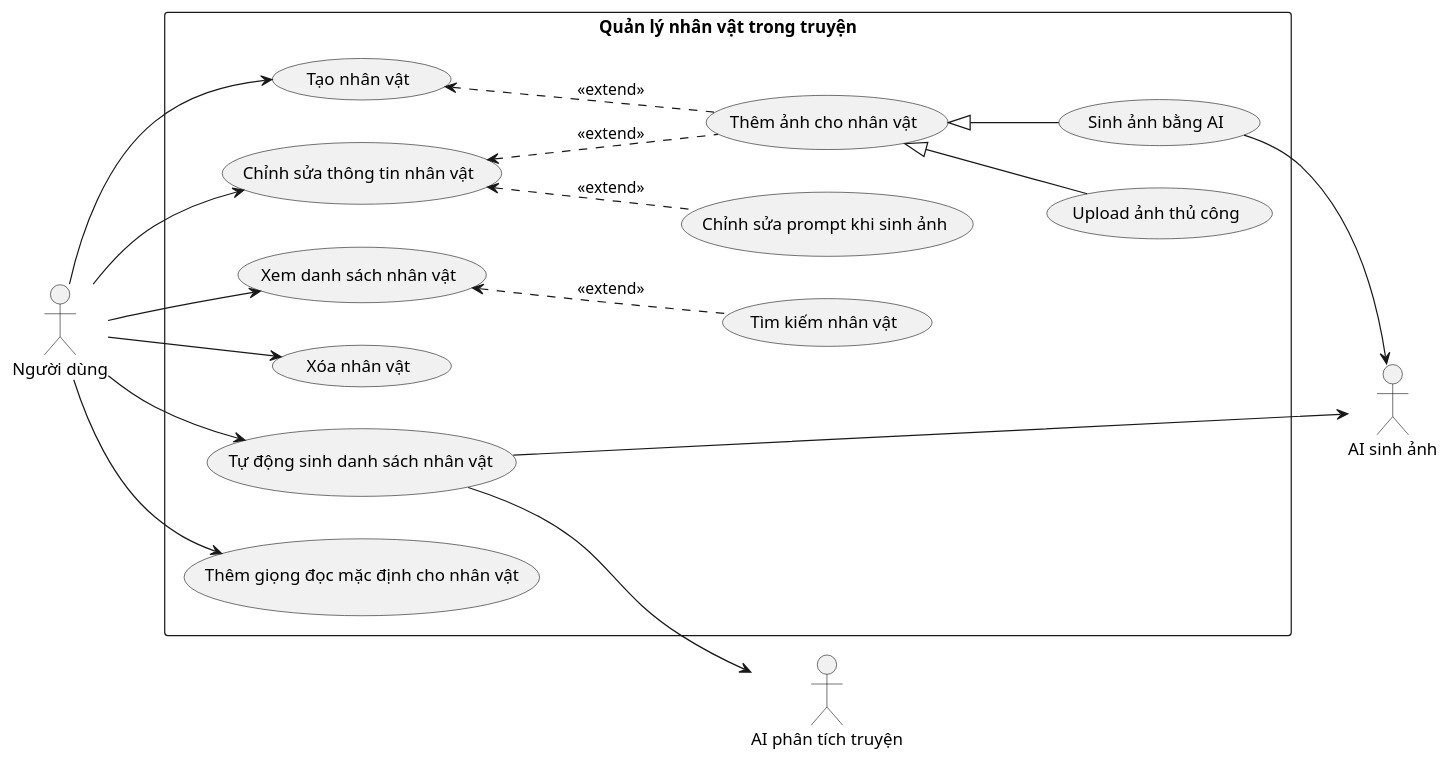
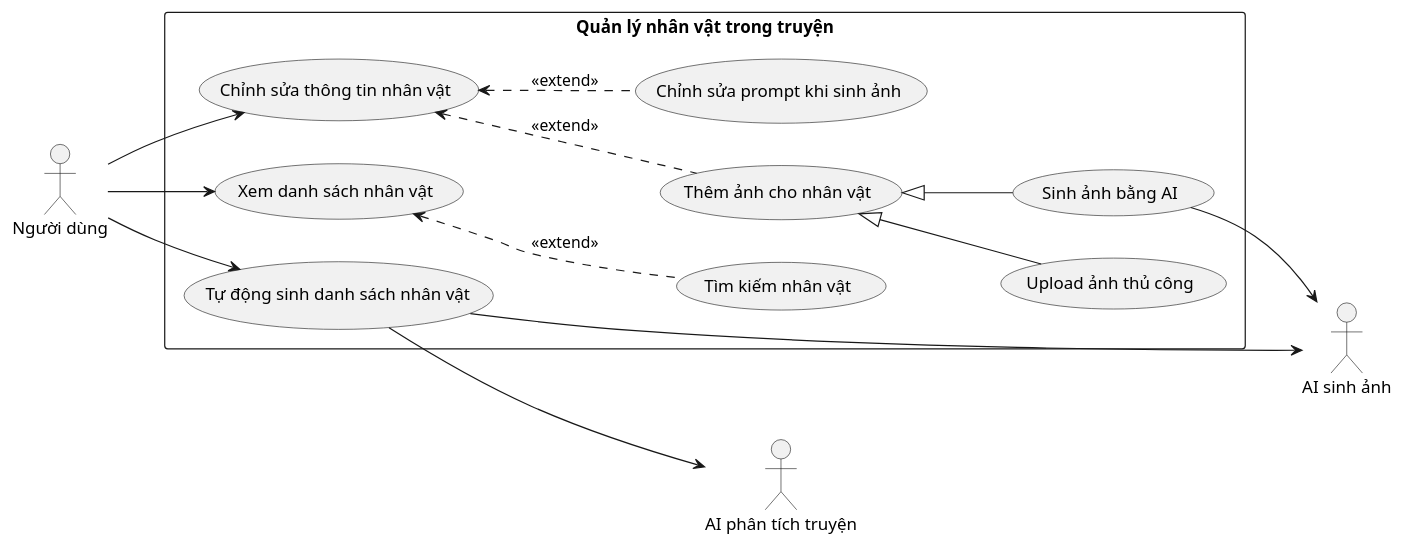
Before and after one commit to 202416852-anhpv/story2video-docs: the diagram in docs/bieu-do-uc/bieu-do-uc-chi-tiet/setup/xay-dung-the-gioi-truyen/quan-ly-nhan-vat.puml, drawn with PlantUML. The commit also changed 2 other files, not shown here.

```diff
--- a/docs/bieu-do-uc/bieu-do-uc-chi-tiet/setup/xay-dung-the-gioi-truyen/quan-ly-nhan-vat.puml
+++ b/docs/bieu-do-uc/bieu-do-uc-chi-tiet/setup/xay-dung-the-gioi-truyen/quan-ly-nhan-vat.puml
@@ -1,39 +1,32 @@
 @startuml quan-ly-nhan-vat
 left to right direction
 
 actor "Người dùng" as User
 actor "AI sinh ảnh" as AI_IMG
 actor "AI phân tích truyện" as AI_LLM
 
 rectangle "Quản lý nhân vật trong truyện" {
-    usecase "Tạo nhân vật" as UC_01
     usecase "Chỉnh sửa thông tin nhân vật" as UC_02
     usecase "Xem danh sách nhân vật" as UC_03
-    usecase "Xóa nhân vật" as UC_04
     usecase "Tìm kiếm nhân vật" as UC_05
     usecase "Thêm ảnh cho nhân vật" as UC_06
     usecase "Upload ảnh thủ công" as UC_07
     usecase "Sinh ảnh bằng AI" as UC_08
     usecase "Tự động sinh danh sách nhân vật" as UC_09
     usecase "Chỉnh sửa prompt khi sinh ảnh" as UC_10
-    usecase "Thêm giọng đọc mặc định cho nhân vật" as UC_11
 }
 
-User --> UC_01
 User --> UC_02
 User --> UC_03
-User --> UC_04
 User --> UC_09
-User --> UC_11
 UC_09 --> AI_IMG
 UC_09 --> AI_LLM
 UC_08 --> AI_IMG
 
 UC_03 <.. UC_05 : <<extend>>
-UC_01 <.. UC_06 : <<extend>>
 UC_02 <.. UC_06 : <<extend>>
 UC_02 <.. UC_10 : <<extend>>
 UC_06 <|-- UC_07
 UC_06 <|-- UC_08
 
 @enduml
```
